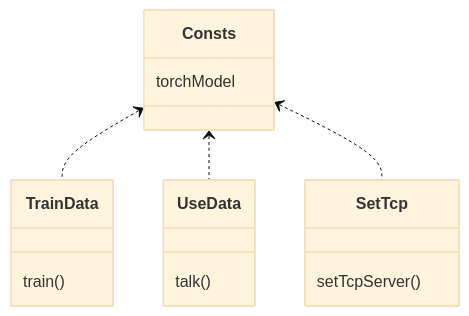
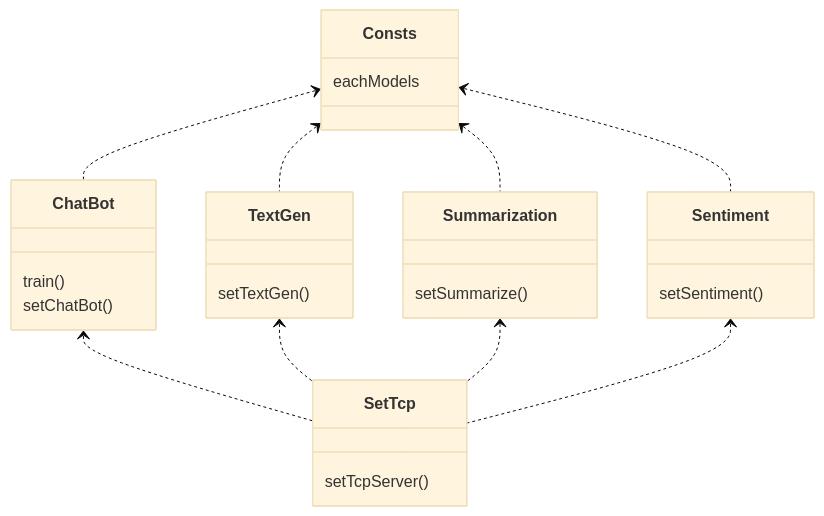
One commit to BaekNothing/ARKO_Docker changed the second of 2 diagrams in README.md. Above: the diagram before and after it, drawn with Mermaid (base theme). The commit also changed other lines of this file, not shown here.

````diff
--- a/README.md
+++ b/README.md
@@ -75,20 +79,33 @@
 ```mermaid
 classDiagram
 	class Consts{
-		torchModel
+		eachModels
 	}
-	class TrainData{
+	class ChatBot{
 		train()
+		setChatBot()
 	}
-	class UseData{
-		talk()
+	class TextGen{
+		setTextGen()
 	}
+	class Summarization{
+		setSummarize()
+	}
+	class Sentiment{
+		setSentiment()
+	}
+	
 	class SetTcp{
 		setTcpServer()
 	}
 	
-	Consts <.. TrainData
-	Consts <.. UseData
-	Consts <.. SetTcp
+	Consts <.. ChatBot
+	Consts <.. TextGen
+	Consts <.. Summarization
+	Consts <.. Sentiment
+	ChatBot <.. SetTcp
+	TextGen <.. SetTcp
+	Summarization <.. SetTcp
+	Sentiment <.. SetTcp
 	
 ```
````
